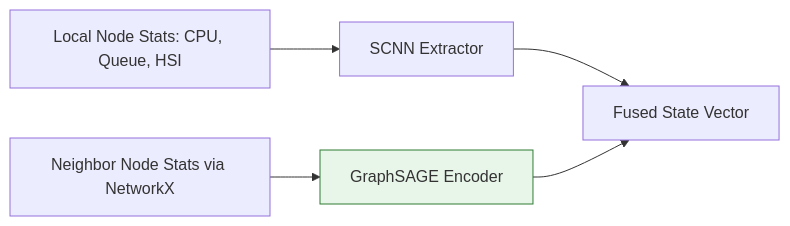
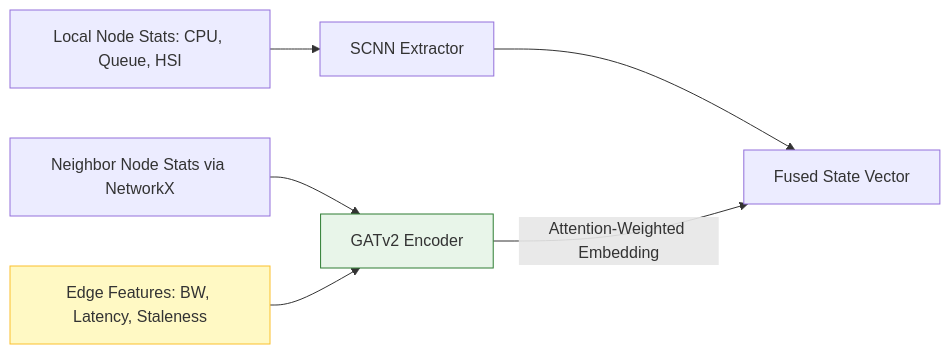
One commit to Abhishek-2027/Graph-Neural-Multi-Agent-Reinforcement-Learning-for-Fully-Decentralized-Hospital-Edge-Intelligence changed the second of 3 diagrams in GraphMARL_Detailed_Phases_Plan.md. Above: the diagram before and after it, drawn with Mermaid. The commit also changed other lines of this file and 27 other files, not shown here.

````diff
--- a/GraphMARL_Detailed_Phases_Plan.md
+++ b/GraphMARL_Detailed_Phases_Plan.md
@@ -54,9 +56,11 @@
 ```mermaid
 flowchart LR
     A[Local Node Stats: CPU, Queue, HSI] --> SCNN[SCNN Extractor]
-    B[Neighbor Node Stats via NetworkX] --> GNN[GraphSAGE Encoder]
+    B[Neighbor Node Stats via NetworkX] --> GNN[GATv2 Encoder]
+    C[Edge Features: BW, Latency, Staleness] --> GNN
     SCNN --> F[Fused State Vector]
-    GNN --> F
+    GNN --> |Attention-Weighted Embedding| F
     
     style GNN fill:#e8f5e9,stroke:#2e7d32
+    style C fill:#fff9c4,stroke:#fbc02d
 ```
````
